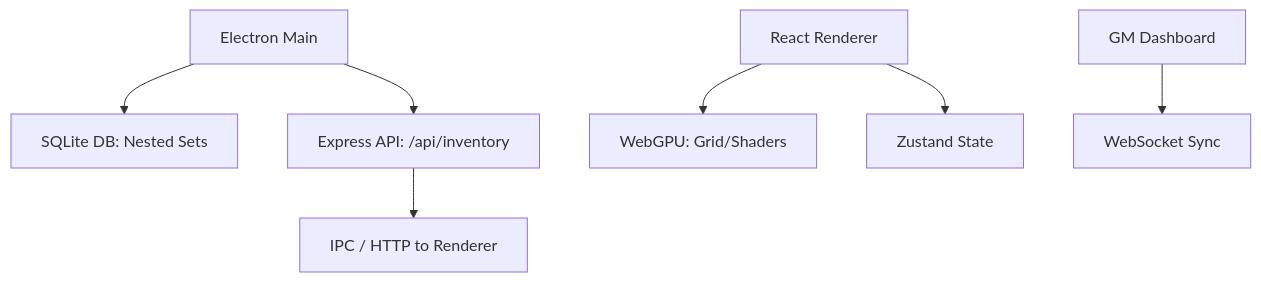
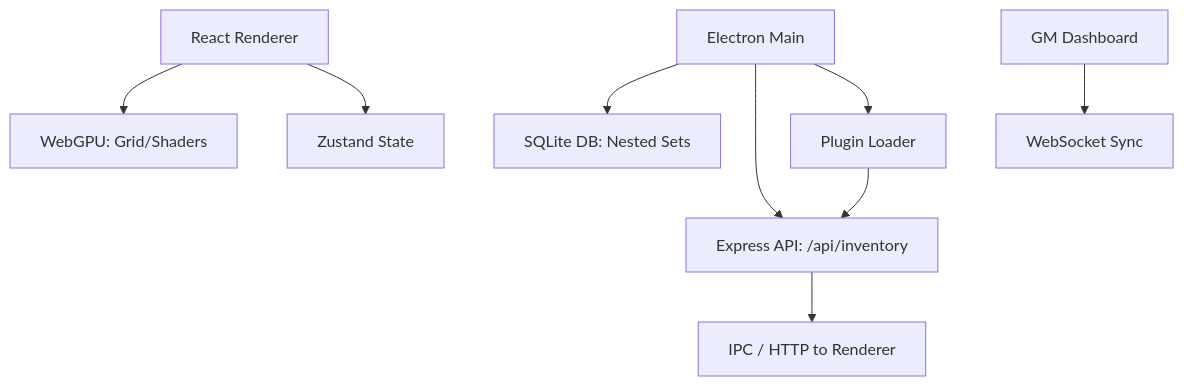
The first of 5 diagrams in ttrpg-logistics-suite/docs/ARCHITECTURE.md (packetalien/forge-kit), drawn with Mermaid before and after one commit. The commit also changed other lines of this file and 22 other files, not shown here.

````diff
--- a/ttrpg-logistics-suite/docs/ARCHITECTURE.md
+++ b/ttrpg-logistics-suite/docs/ARCHITECTURE.md
@@ -9,9 +9,11 @@
 ```mermaid
 graph TD
   A[Electron Main] --> B[SQLite DB: Nested Sets]
   A --> C[Express API: /api/inventory]
   D[React Renderer] --> E[WebGPU: Grid/Shaders]
   D --> F[Zustand State]
   C --> G[IPC / HTTP to Renderer]
   H[GM Dashboard] --> I[WebSocket Sync]
+  A --> J[Plugin Loader]
+  J --> C
 ```
````
